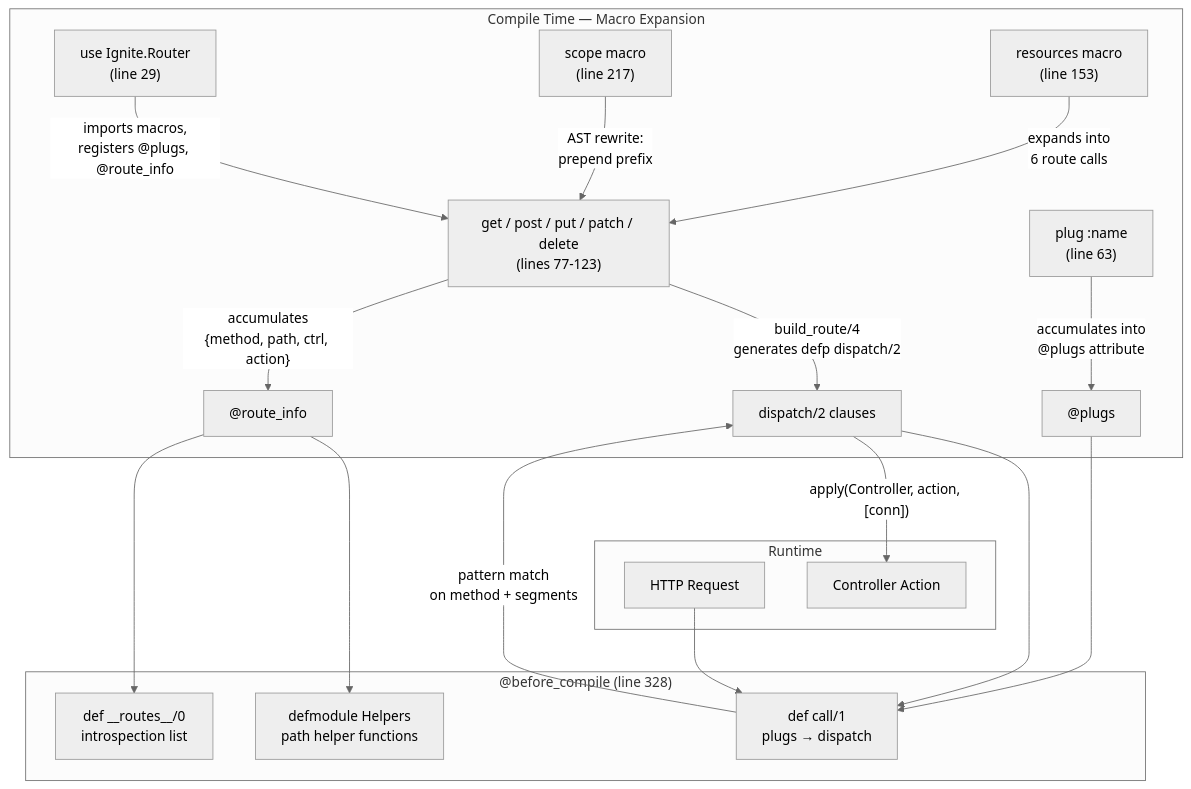
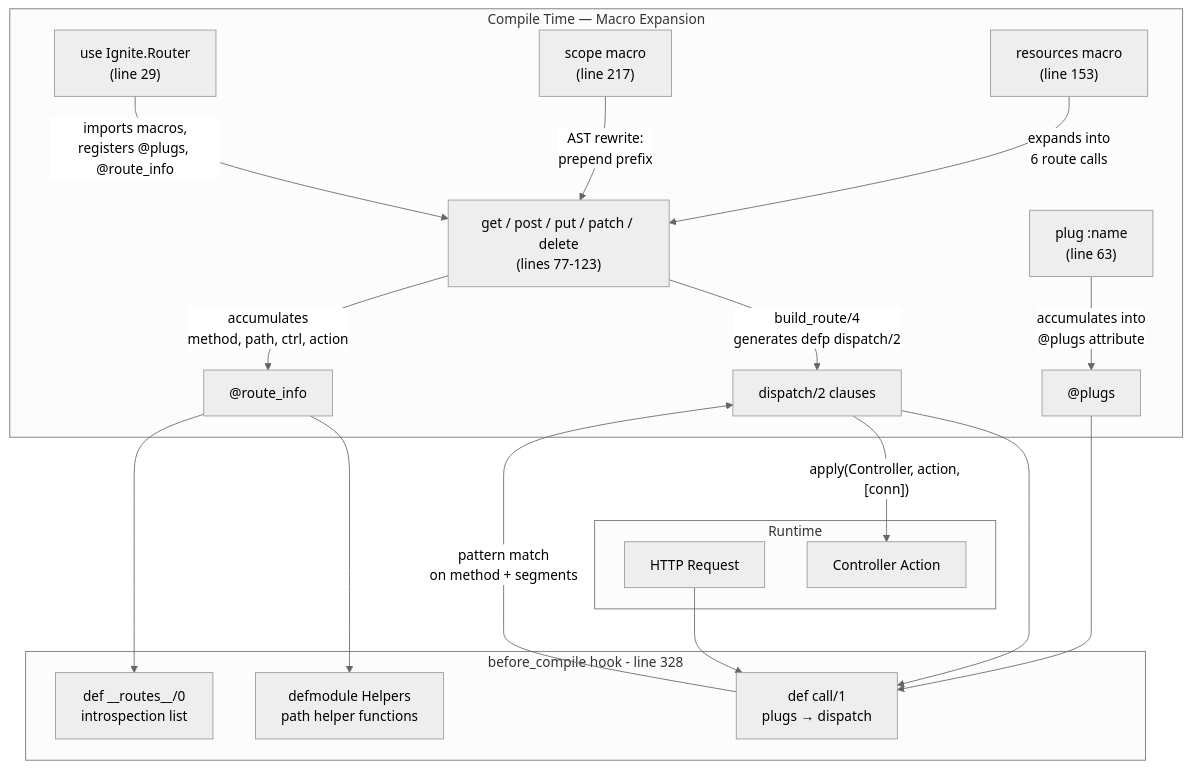
The diagram in course/modules/02-router-dsl.md (rajeshpillai/elixir-byowf), drawn with Mermaid (neutral theme) before and after one commit. The commit also changed 16 other files, not shown here.

First line of the commit message:
Fix Mermaid v11 syntax errors in course diagrams

````diff
--- a/course/modules/02-router-dsl.md
+++ b/course/modules/02-router-dsl.md
@@ -25,25 +25,25 @@
 ```mermaid
-graph TD
+flowchart TD
     subgraph "Compile Time — Macro Expansion"
         Use["use Ignite.Router<br/>(line 29)"] -->|"imports macros,<br/>registers @plugs, @route_info"| Macros
         Macros["get / post / put / patch / delete<br/>(lines 77-123)"]
         Scope["scope macro<br/>(line 217)"] -->|"AST rewrite:<br/>prepend prefix"| Macros
         Resources["resources macro<br/>(line 153)"] -->|"expands into<br/>6 route calls"| Macros
         Plug["plug :name<br/>(line 63)"] -->|"accumulates into<br/>@plugs attribute"| BeforeCompile
         Macros -->|"build_route/4<br/>generates defp dispatch/2"| DispatchClauses["dispatch/2 clauses"]
-        Macros -->|"accumulates<br/>{method, path, ctrl, action}"| RouteInfo["@route_info"]
+        Macros -->|"accumulates<br/>method, path, ctrl, action"| RouteInfo["@route_info"]
     end
 
-    subgraph "@before_compile (line 328)"
+    subgraph before_compile["before_compile hook - line 328"]
         DispatchClauses --> Call["def call/1<br/>plugs → dispatch"]
         RouteInfo --> Helpers["defmodule Helpers<br/>path helper functions"]
         RouteInfo --> Routes["def __routes__/0<br/>introspection list"]
         BeforeCompile["@plugs"] --> Call
     end
 
     subgraph "Runtime"
         Request["HTTP Request"] --> Call
         Call -->|"pattern match<br/>on method + segments"| DispatchClauses
         DispatchClauses -->|"apply(Controller, action, [conn])"| Controller["Controller Action"]
     end
 ```
````
